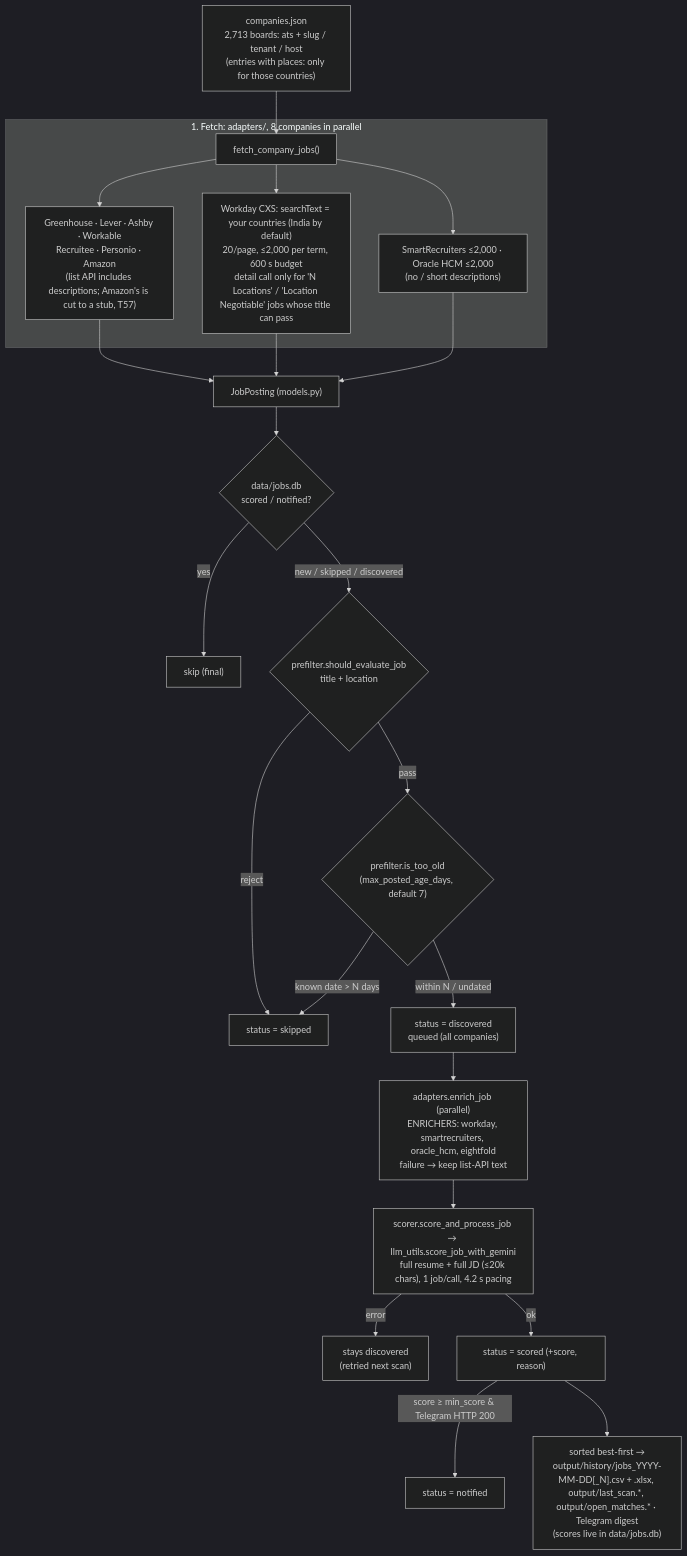
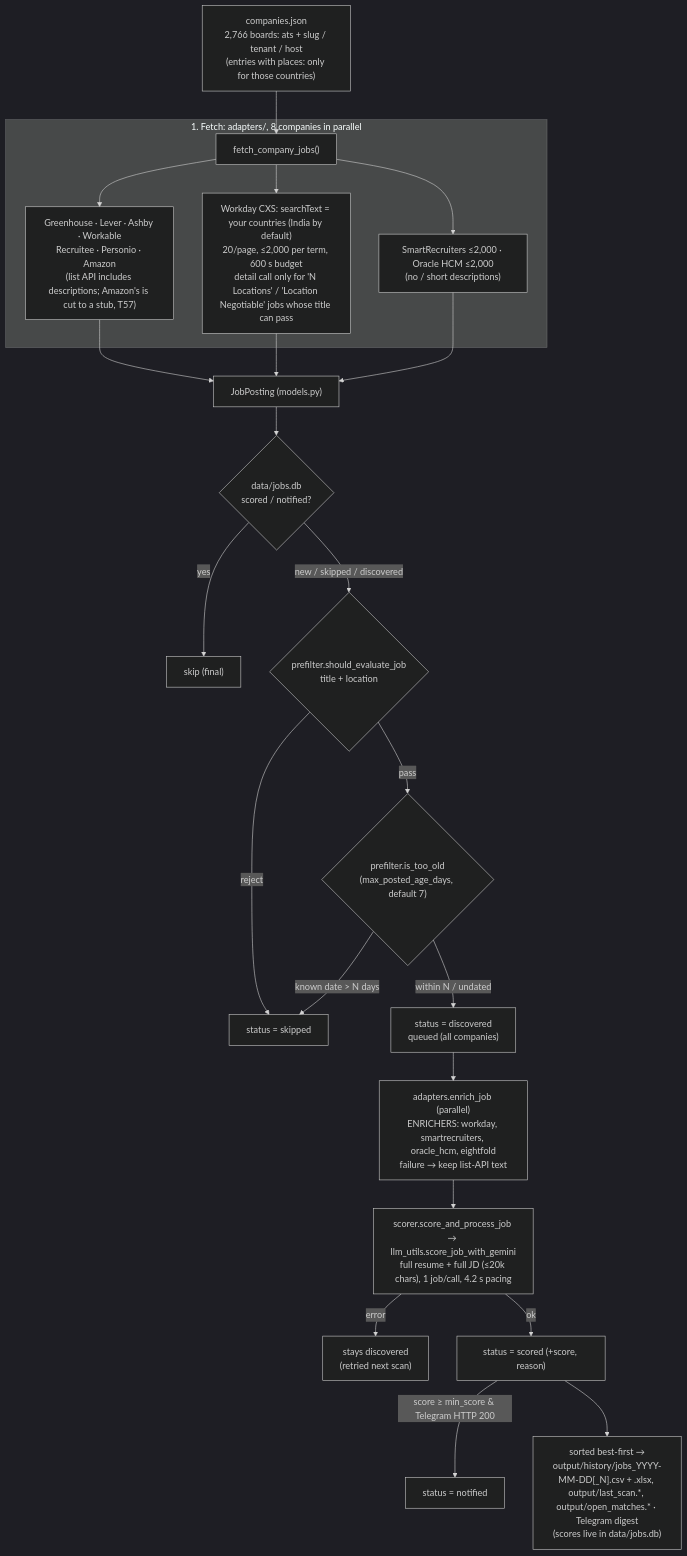
The diagram in ARCHITECTURE.md (Manish814142/rolesight), drawn with Mermaid (dark theme) before and after one commit. The commit also changed 9 other files, not shown here.

````diff
--- a/ARCHITECTURE.md
+++ b/ARCHITECTURE.md
@@ -19,25 +19,25 @@
 ```mermaid
 flowchart TD
-    COMP["companies.json<br/>2,713 boards: ats + slug / tenant / host<br/>(entries with places: only for those countries)"] --> FETCH
+    COMP["companies.json<br/>2,766 boards: ats + slug / tenant / host<br/>(entries with places: only for those countries)"] --> FETCH
     subgraph Fetch ["1. Fetch: adapters/, 8 companies in parallel"]
         FETCH["fetch_company_jobs()"] --> LISTAPI["Greenhouse · Lever · Ashby · Workable<br/>Recruitee · Personio · Amazon<br/>(list API includes descriptions; Amazon's is cut to a stub, T57)"]
         FETCH --> WD["Workday CXS: searchText = your countries (India by default)<br/>20/page, ≤2,000 per term, 600 s budget<br/>detail call only for 'N Locations' / 'Location Negotiable' jobs whose title can pass"]
         FETCH --> SROH["SmartRecruiters ≤2,000 · Oracle HCM ≤2,000<br/>(no / short descriptions)"]
     end
     LISTAPI --> JP["JobPosting (models.py)"]
     WD --> JP
     SROH --> JP
     JP --> DEDUP{"data/jobs.db<br/>scored / notified?"}
     DEDUP -- yes --> SKIPF["skip (final)"]
     DEDUP -- "new / skipped / discovered" --> PF{"prefilter.should_evaluate_job<br/>title + location"}
     PF -- reject --> SKIPPED["status = skipped"]
     PF -- pass --> AGE{"prefilter.is_too_old<br/>(max_posted_age_days, default 7)"}
     AGE -- "known date > N days" --> SKIPPED
     AGE -- "within N / undated" --> QUEUE["status = discovered<br/>queued (all companies)"]
     QUEUE --> ENRICH["adapters.enrich_job (parallel)<br/>ENRICHERS: workday, smartrecruiters, oracle_hcm, eightfold<br/>failure → keep list-API text"]
     ENRICH --> SCORE["scorer.score_and_process_job → llm_utils.score_job_with_gemini<br/>full resume + full JD (≤20k chars), 1 job/call, 4.2 s pacing"]
     SCORE -- error --> DISC["stays discovered<br/>(retried next scan)"]
     SCORE -- ok --> SCORED["status = scored (+score, reason)"]
     SCORED -- "score ≥ min_score & Telegram HTTP 200" --> NOTIFIED["status = notified"]
     SCORED --> OUT["sorted best-first →<br/>output/history/jobs_YYYY-MM-DD[_N].csv + .xlsx, output/last_scan.*, output/open_matches.* · Telegram digest<br/>(scores live in data/jobs.db)"]
 ```
````
